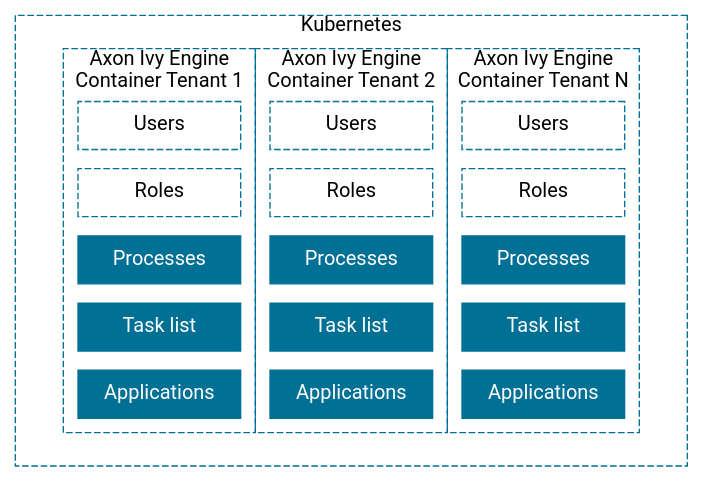
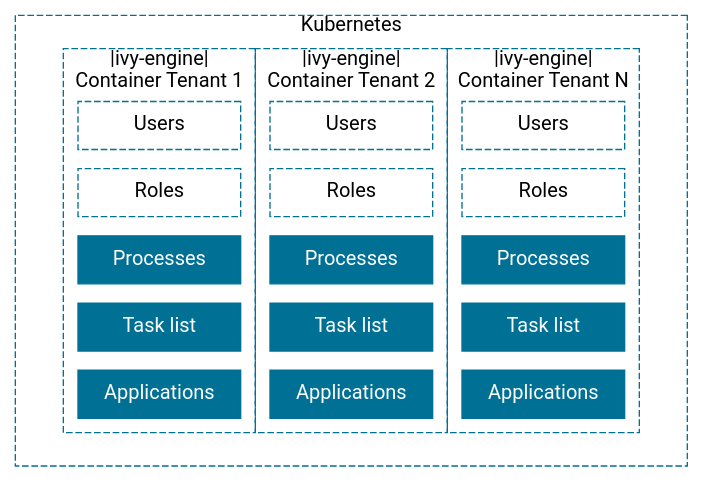
One commit to bernhardAxonIvy/doc changed the diagram in source/concepts/multi-tenancy/multiple-engines.dot. Above: the diagram before and after it, drawn with Graphviz. The commit also changed 18 other files, not shown here.

```diff
--- a/source/concepts/multi-tenancy/multiple-engines.dot
+++ b/source/concepts/multi-tenancy/multiple-engines.dot
@@ -1,33 +1,33 @@
 digraph engine {
   layout=neato;
 
   node [shape=box, height="0.8", width="2", color="#007095", style=filled, fixedsize="true", margin=0, 
         fontname="Roboto,Helvetica Neue,Arial,sans-serif", fontcolor="white", fontsize=15
        ]; 
     
   /* nodes */
   kubernetes [ label="Kubernetes", pos="0,0!" width=7 height=4.7 style="dashed" fontcolor="black" labelloc="t"];
 
-  engine1 [ label="Axon Ivy Engine\nContainer Tenant 1", pos="-2,0.0!" width=2 height=4 style="dashed" fontcolor="black" labelloc="t"];
-  engine2 [ label="Axon Ivy Engine\nContainer Tenant 2", pos="0,0.0!"  width=2 height=4 style="dashed" fontcolor="black" labelloc="t"];
-  engineN [ label="Axon Ivy Engine\nContainer Tenant N", pos="2,0.0!"  width=2 height=4 style="dashed" fontcolor="black" labelloc="t"];
+  engine1 [ label="|ivy-engine|\nContainer Tenant 1", pos="-2,0.0!" width=2 height=4 style="dashed" fontcolor="black" labelloc="t"];
+  engine2 [ label="|ivy-engine|\nContainer Tenant 2", pos="0,0.0!"  width=2 height=4 style="dashed" fontcolor="black" labelloc="t"];
+  engineN [ label="|ivy-engine|\nContainer Tenant N", pos="2,0.0!"  width=2 height=4 style="dashed" fontcolor="black" labelloc="t"];
 
   users1        [ label="Users",                         pos="-2,1.2!",  width="1.7", height="0.5", style="dashed" fontcolor="black"];
   roles1        [ label="Roles",                         pos="-2,0.5!",  width="1.7", height="0.5", style="dashed" fontcolor="black"];
   processes1    [ label="Processes",                     pos="-2,-0.2!", width="1.7", height="0.5"];
   tasklist1     [ label="Task list",                     pos="-2,-0.9!", width="1.7", height="0.5"];
   applications1 [ label="Applications",                  pos="-2,-1.6!", width="1.7", height="0.5"];
 
   users2        [ label="Users",                         pos="0,1.2!",  width="1.7", height="0.5", style="dashed" fontcolor="black"];
   roles2        [ label="Roles",                         pos="0,0.5!",  width="1.7", height="0.5", style="dashed" fontcolor="black"];
   processes2    [ label="Processes",                     pos="0,-0.2!", width="1.7", height="0.5"];
   tasklist2     [ label="Task list",                     pos="0,-0.9!", width="1.7", height="0.5"];
   applications2 [ label="Applications",                  pos="0,-1.6!", width="1.7", height="0.5"];
 
   usersN        [ label="Users",                         pos="2,1.2!",  width="1.7", height="0.5", style="dashed" fontcolor="black"];
   rolesN        [ label="Roles",                         pos="2,0.5!",  width="1.7", height="0.5", style="dashed" fontcolor="black"];
   processesN    [ label="Processes",                     pos="2,-0.2!", width="1.7", height="0.5"];
   tasklistN     [ label="Task list",                     pos="2,-0.9!", width="1.7", height="0.5"];
   applicationsN [ label="Applications",                  pos="2,-1.6!", width="1.7", height="0.5"];
 
 }
```
